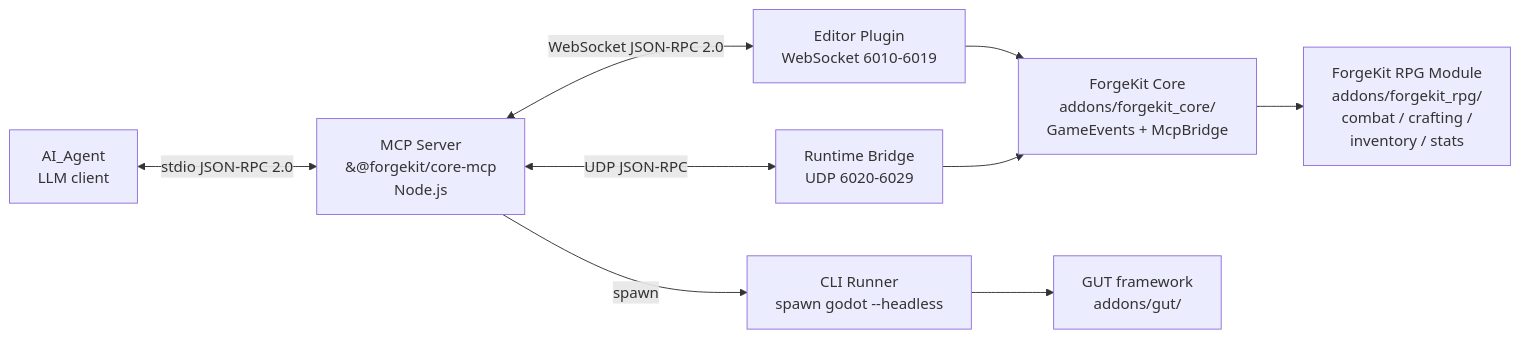
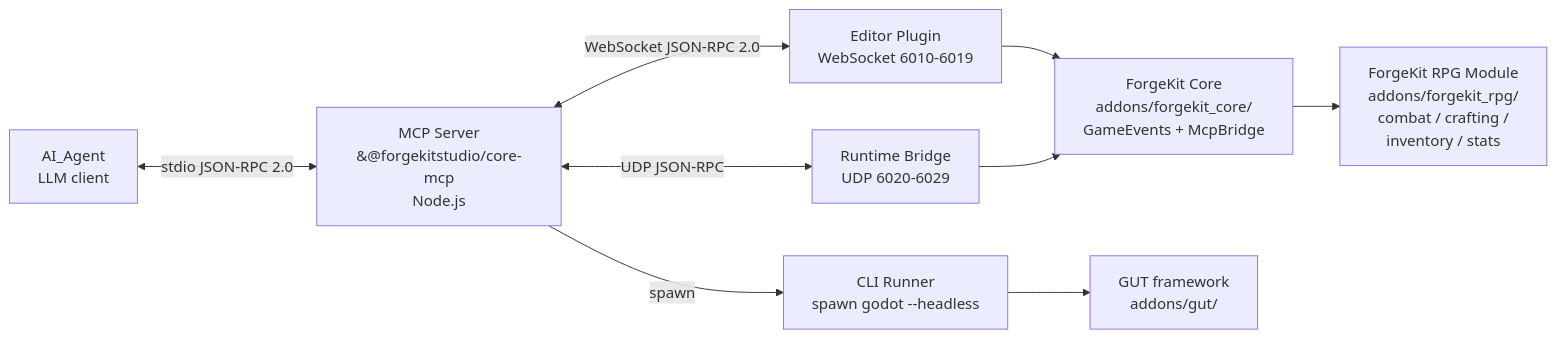
The first of 3 diagrams in docs/architecture.md (ForgeKitStudio/forgekit-core), drawn with Mermaid before and after one commit. The commit also changed other lines of this file and 15 other files, not shown here.

````diff
--- a/docs/architecture.md
+++ b/docs/architecture.md
@@ -10,21 +10,21 @@
 ```mermaid
 graph LR
     AI[AI_Agent<br/>LLM client]
-    MCP[MCP Server<br/>&#64;forgekit/core-mcp<br/>Node.js]
+    MCP[MCP Server<br/>&#64;forgekitstudio/core-mcp<br/>Node.js]
     Editor[Editor Plugin<br/>WebSocket 6010-6019]
     CLI[CLI Runner<br/>spawn godot --headless]
     Runtime[Runtime Bridge<br/>UDP 6020-6029]
     Core[ForgeKit Core<br/>addons/forgekit_core/<br/>GameEvents + McpBridge]
     RPG[ForgeKit RPG Module<br/>addons/forgekit_rpg/<br/>combat / crafting /<br/>inventory / stats]
     GUT[GUT framework<br/>addons/gut/]
 
     AI <-->|stdio JSON-RPC 2.0| MCP
     MCP <-->|WebSocket JSON-RPC 2.0| Editor
     MCP -->|spawn| CLI
     MCP <-->|UDP JSON-RPC| Runtime
 
     Editor --> Core
     Runtime --> Core
     CLI --> GUT
     Core --> RPG
 ```
````
